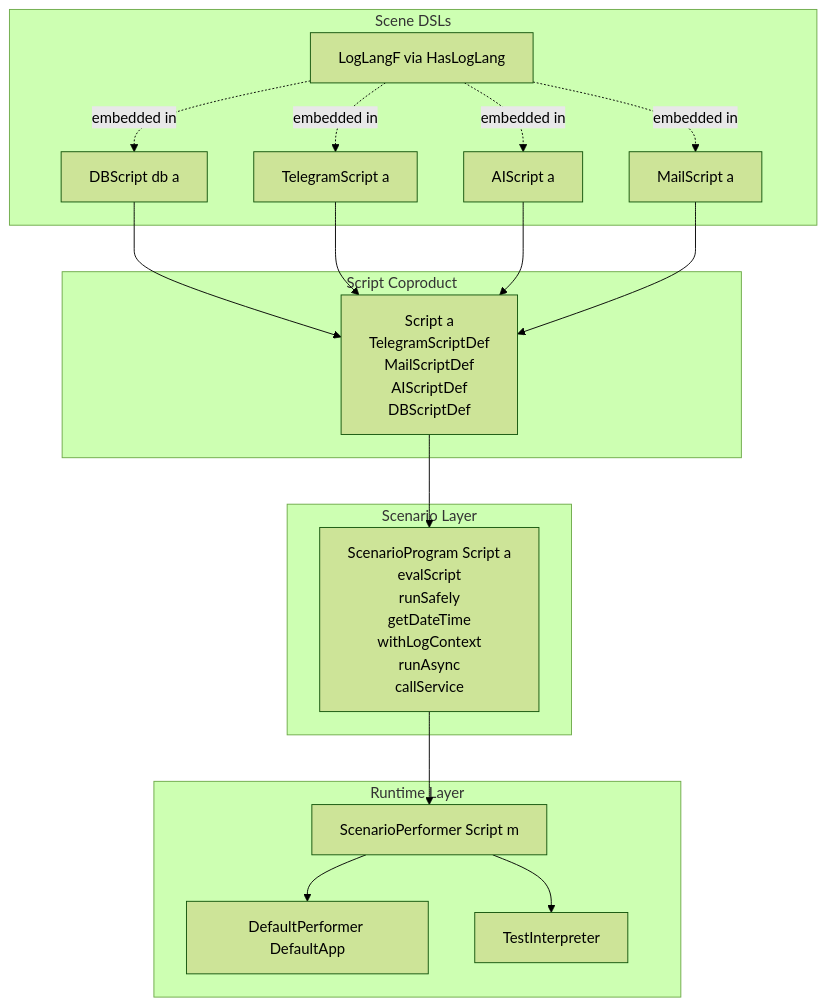
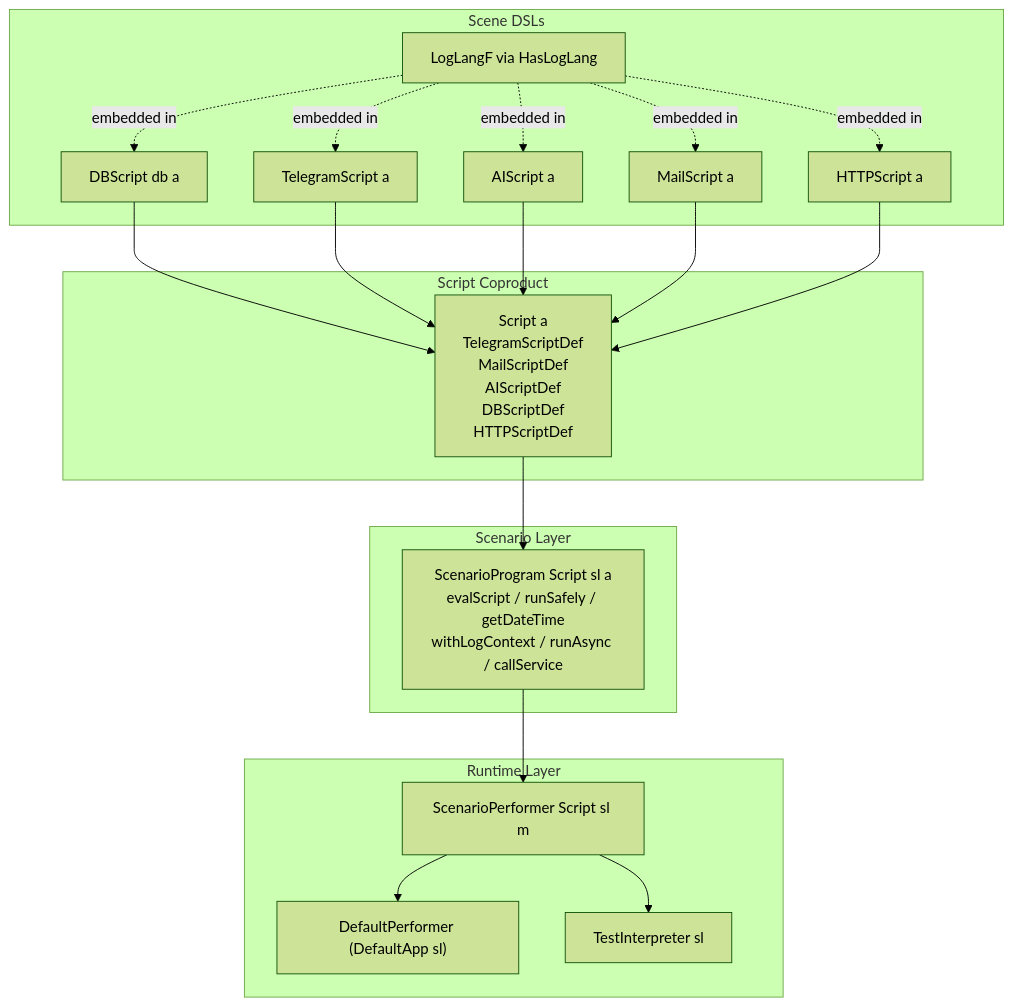
One commit to BenefitWizard/lazy-circus changed the diagram in docs/skills/lazy-circus/reference/scenarios.md. Above: the diagram before and after it, drawn with Mermaid (forest theme). The commit also changed other lines of this file and 40 other files, not shown here.

First line of the commit message:
Http lang (#2)

````diff
--- a/docs/skills/lazy-circus/reference/scenarios.md
+++ b/docs/skills/lazy-circus/reference/scenarios.md
@@ -11,37 +11,40 @@
 ```mermaid
 flowchart TB
-    subgraph Scene[Scene DSLs]
-        DB[DBScript db a]
-        TG[TelegramScript a]
-        AI[AIScript a]
-        MAIL[MailScript a]
-        LOG[LogLangF via HasLogLang]
+    subgraph Scene["Scene DSLs"]
+        DB["DBScript db a"]
+        TG["TelegramScript a"]
+        AI["AIScript a"]
+        MAIL["MailScript a"]
+        HTTP["HTTPScript a"]
+        LOG["LogLangF via HasLogLang"]
     end
 
-    subgraph ScriptLayer[Script Coproduct]
-        SCRIPT[Script a\nTelegramScriptDef\nMailScriptDef\nAIScriptDef\nDBScriptDef]
+    subgraph ScriptLayer["Script Coproduct"]
+        SCRIPT["Script a<br/>TelegramScriptDef<br/>MailScriptDef<br/>AIScriptDef<br/>DBScriptDef<br/>HTTPScriptDef"]
     end
 
-    subgraph ScenarioLayer[Scenario Layer]
-        SCEN[ScenarioProgram Script a\nevalScript\nrunSafely\ngetDateTime\nwithLogContext\nrunAsync\ncallService]
+    subgraph ScenarioLayer["Scenario Layer"]
+        SCEN["ScenarioProgram Script sl a<br/>evalScript / runSafely / getDateTime<br/>withLogContext / runAsync / callService"]
     end
 
-    subgraph Runtime[Runtime Layer]
-        PERF[ScenarioPerformer Script m]
-        DEF[DefaultPerformer DefaultApp]
-        TEST[TestInterpreter]
+    subgraph Runtime["Runtime Layer"]
+        PERF["ScenarioPerformer Script sl m"]
+        DEF["DefaultPerformer (DefaultApp sl)"]
+        TEST["TestInterpreter sl"]
     end
 
     DB --> SCRIPT
     TG --> SCRIPT
     AI --> SCRIPT
     MAIL --> SCRIPT
-    LOG -. embedded in .-> DB
-    LOG -. embedded in .-> TG
-    LOG -. embedded in .-> AI
-    LOG -. embedded in .-> MAIL
+    HTTP --> SCRIPT
+    LOG -.->|embedded in| DB
+    LOG -.->|embedded in| TG
+    LOG -.->|embedded in| AI
+    LOG -.->|embedded in| MAIL
+    LOG -.->|embedded in| HTTP
     SCRIPT --> SCEN
     SCEN --> PERF
     PERF --> DEF
     PERF --> TEST
 ```
````
